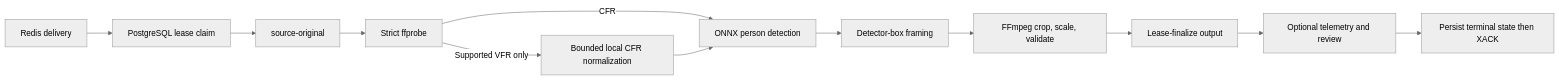
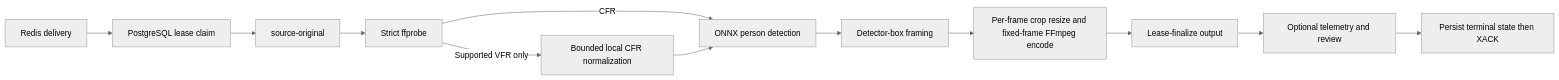
The diagram in docs/specs/worker/runtime-and-pipeline.md (o0O96O0o/boulder-frame), drawn with Mermaid (neutral theme) before and after one commit. The commit also changed other lines of this file and 17 other files, not shown here.

````diff
--- a/docs/specs/worker/runtime-and-pipeline.md
+++ b/docs/specs/worker/runtime-and-pipeline.md
@@ -18,14 +18,14 @@
 ```mermaid
 flowchart LR
   Q[Redis delivery] --> L[PostgreSQL lease claim]
   L --> S[source-original]
   S --> I[Strict ffprobe]
   I -->|CFR| D[ONNX person detection]
   I -->|Supported VFR only| N[Bounded local CFR normalization]
   N --> D
   D --> F[Detector-box framing]
-  F --> R[FFmpeg crop, scale, validate]
+  F --> R[Per-frame crop resize and fixed-frame FFmpeg encode]
   R --> O[Lease-finalize output]
   O --> V[Optional telemetry and review]
   V --> T[Persist terminal state then XACK]
 ```
````
